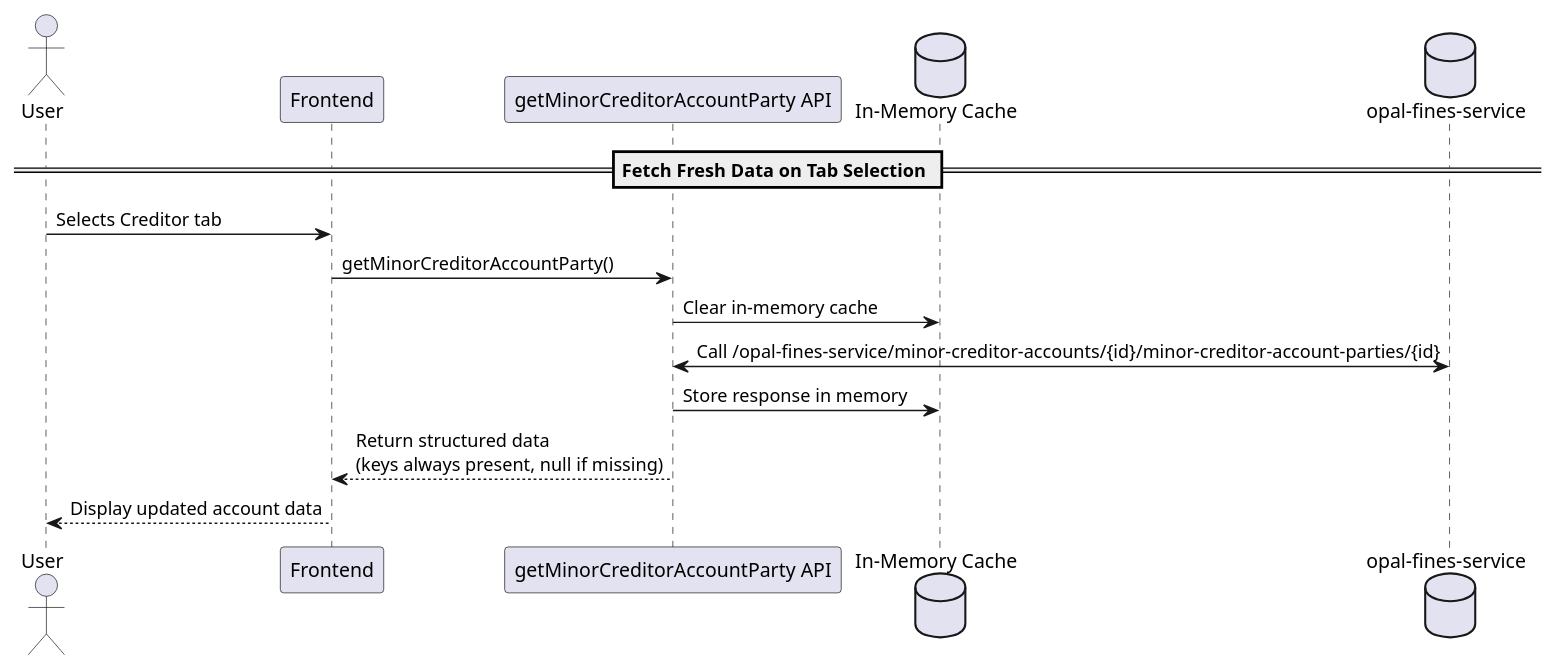
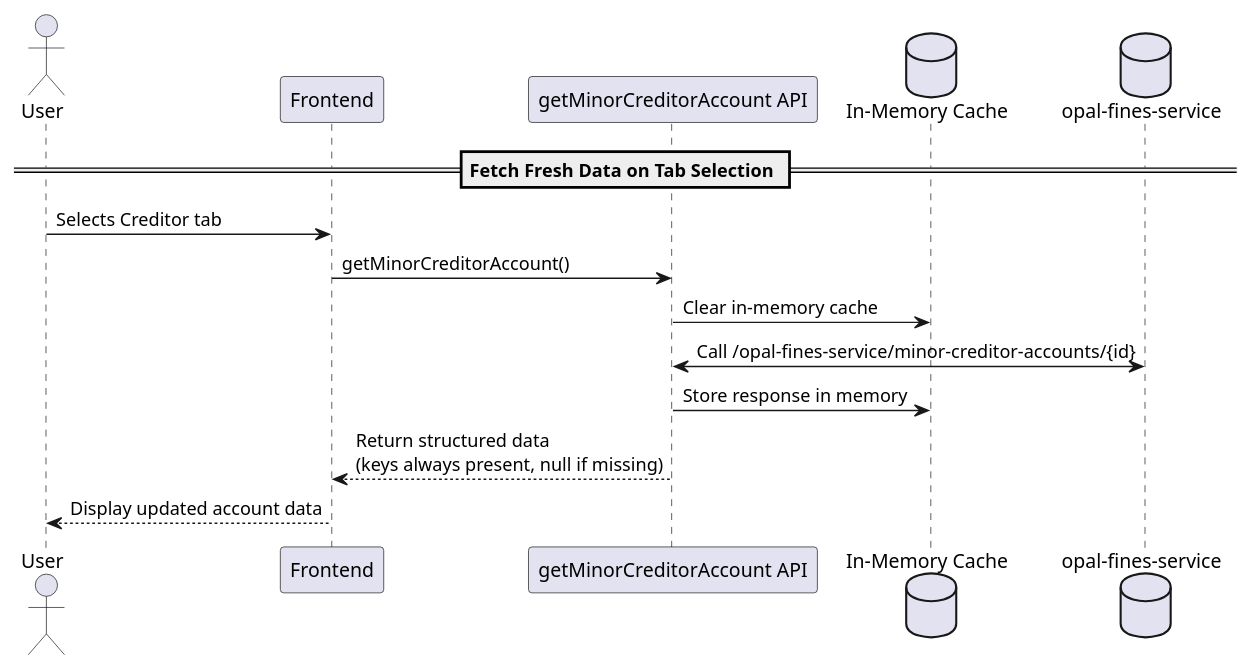
One commit to hmcts/opal-docs changed the diagram in plantUML/fae-view-amend-minor creditor/fae-view-amend-creditor-tab-ui.puml.puml. Above: the diagram before and after it, drawn with PlantUML. The commit also changed 1 other file, not shown here.

Commit message:
Fix API participant naming in creditor amendment diagrams

```diff
--- a/plantUML/fae-view-amend-minor creditor/fae-view-amend-creditor-tab-ui.puml.puml
+++ b/plantUML/fae-view-amend-minor creditor/fae-view-amend-creditor-tab-ui.puml.puml
@@ -1,17 +1,17 @@
 @startuml
 actor User
 participant "Frontend" as Frontend
-participant "getMinorCreditorAccountParty API" as API
+participant "getMinorCreditorAccount API" as API
 database "In-Memory Cache" as Cache
 database "opal-fines-service" as Backend
 
 == Fetch Fresh Data on Tab Selection ==
 
 User -> Frontend : Selects Creditor tab
-Frontend -> API : getMinorCreditorAccountParty()
+Frontend -> API : getMinorCreditorAccount()
 API -> Cache : Clear in-memory cache
-API <-> Backend : Call /opal-fines-service/minor-creditor-accounts/{id}/minor-creditor-account-parties/{id} 
+API <-> Backend : Call /opal-fines-service/minor-creditor-accounts/{id}
 API -> Cache : Store response in memory
 API --> Frontend : Return structured data\n(keys always present, null if missing)
 Frontend --> User : Display updated account data
 @enduml
```
